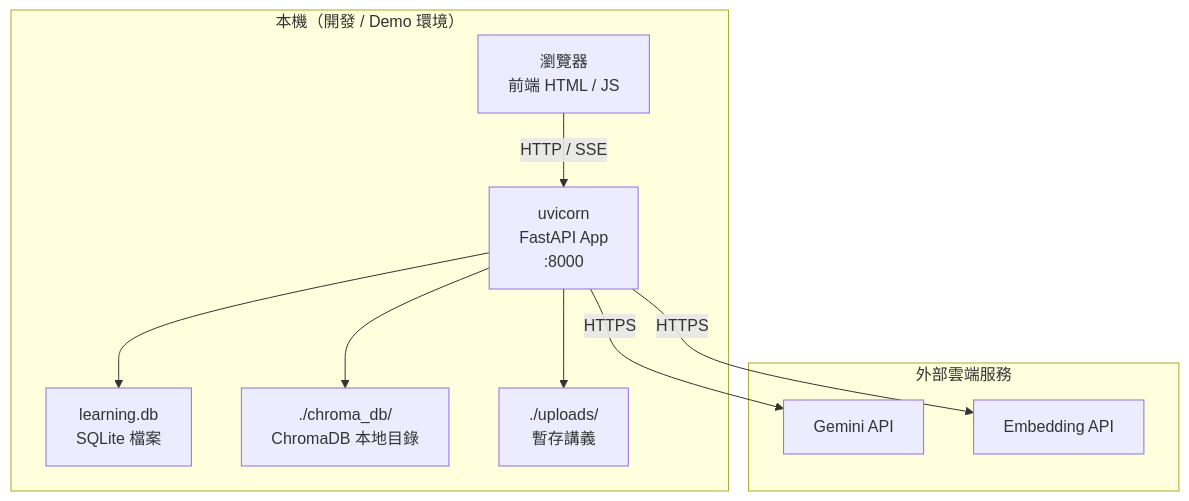
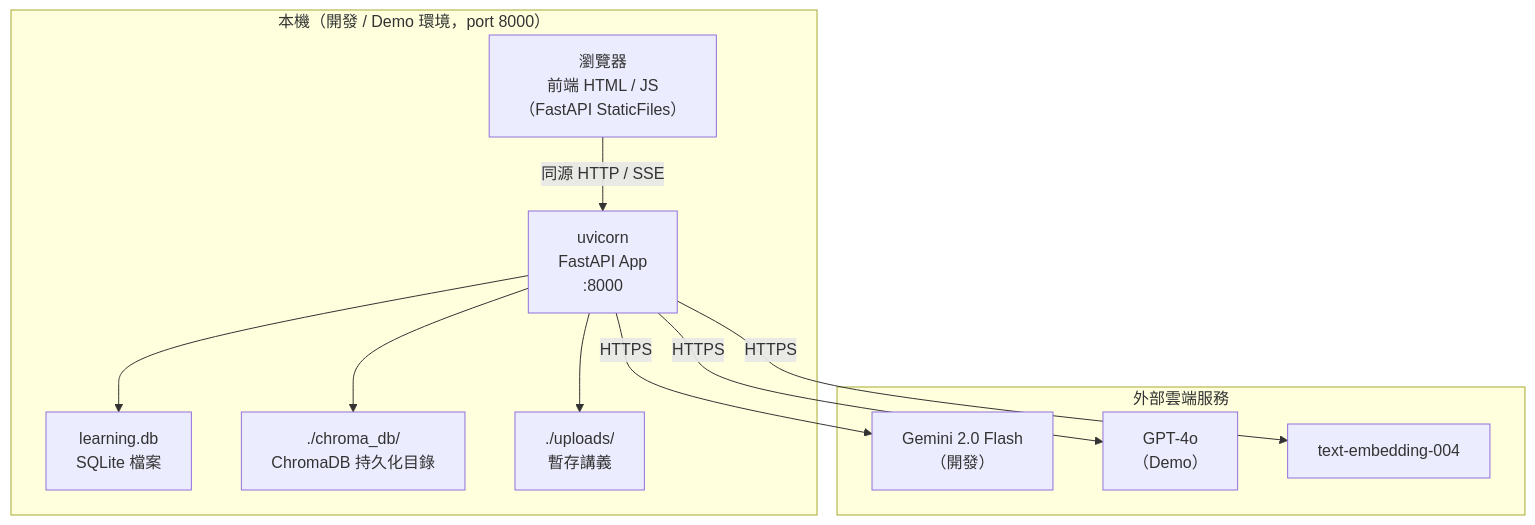
One commit to Shanyii/114-Group_One_Final changed the sixth of 6 diagrams in D1249756_docs/architecture.md. Above: the diagram before and after it, drawn with Mermaid. The commit also changed other lines of this file and 1 other file, not shown here.

````diff
--- a/D1249756_docs/architecture.md
+++ b/D1249756_docs/architecture.md
@@ -382,22 +388,24 @@
 ```mermaid
 graph TD
-    subgraph LocalMachine["本機（開發 / Demo 環境）"]
-        Browser["瀏覽器\n前端 HTML / JS"]
+    subgraph LocalMachine["本機（開發 / Demo 環境，port 8000）"]
+        Browser["瀏覽器\n前端 HTML / JS\n（FastAPI StaticFiles）"]
         Uvicorn["uvicorn\nFastAPI App\n:8000"]
         SQLiteFile["learning.db\nSQLite 檔案"]
-        ChromaDir["./chroma_db/\nChromaDB 本地目錄"]
+        ChromaDir["./chroma_db/\nChromaDB 持久化目錄"]
         UploadDir["./uploads/\n暫存講義"]
     end
 
     subgraph Cloud["外部雲端服務"]
-        GeminiAPI["Gemini API"]
-        EmbedAPI["Embedding API"]
+        GeminiAPI["Gemini 2.0 Flash\n（開發）"]
+        GPT4oAPI["GPT-4o\n（Demo）"]
+        EmbedAPI["text-embedding-004"]
     end
 
-    Browser -->|HTTP / SSE| Uvicorn
+    Browser -->|同源 HTTP / SSE| Uvicorn
     Uvicorn --> SQLiteFile
     Uvicorn --> ChromaDir
     Uvicorn --> UploadDir
     Uvicorn -->|HTTPS| GeminiAPI
+    Uvicorn -->|HTTPS| GPT4oAPI
     Uvicorn -->|HTTPS| EmbedAPI
 ```
````
